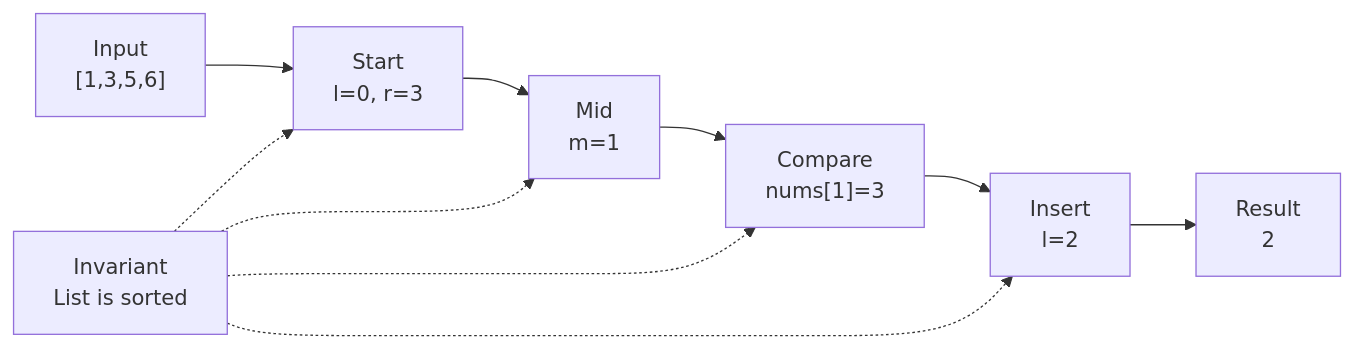
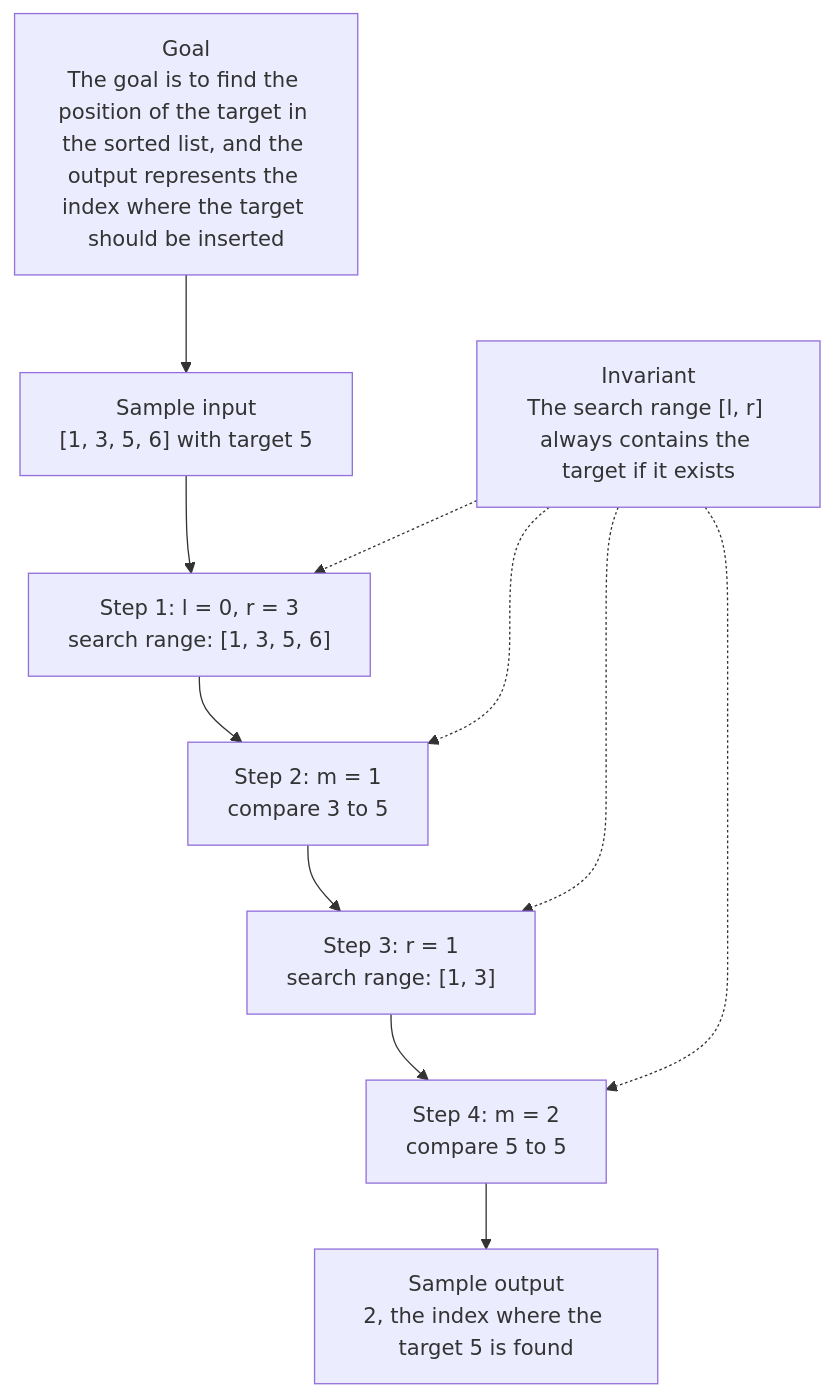
The diagram in 0000-search-insert-position/README.md (daanniill/leetcode_sols), drawn with Mermaid before and after one commit. The commit also changed other lines of this file, not shown here.

Commit message:
solve: 0. Search Insert Position (Unknown)

````diff
--- a/0000-search-insert-position/README.md
+++ b/0000-search-insert-position/README.md
@@ -18,15 +18,16 @@
 ```mermaid
-flowchart LR
-  n0["Input<br/>[1,3,5,6]"]
-  n1["Start<br/>l=0, r=3"]
-  n2["Mid<br/>m=1"]
-  n3["Compare<br/>nums[1]=3"]
-  n4["Insert<br/>l=2"]
-  n5["Result<br/>2"]
-  inv["Invariant<br/>List is sorted"]
-  n0 --> n1 --> n2 --> n3 --> n4 --> n5
-  inv -.-> n1
+flowchart TD
+  n0["Goal<br/>The goal is to find the position of the target in the sorted list, and the output represents the index where the target should be inserted"]
+  n1["Sample input<br/>[1, 3, 5, 6] with target 5"]
+  n2["Step 1: l = 0, r = 3<br/>search range: [1, 3, 5, 6]"]
+  n3["Step 2: m = 1<br/>compare 3 to 5"]
+  n4["Step 3: r = 1<br/>search range: [1, 3]"]
+  n5["Step 4: m = 2<br/>compare 5 to 5"]
+  n6["Sample output<br/>2, the index where the target 5 is found"]
+  inv["Invariant<br/>The search range [l, r] always contains the target if it exists"]
+  n0 --> n1 --> n2 --> n3 --> n4 --> n5 --> n6
   inv -.-> n2
   inv -.-> n3
   inv -.-> n4
+  inv -.-> n5
 ```
````
